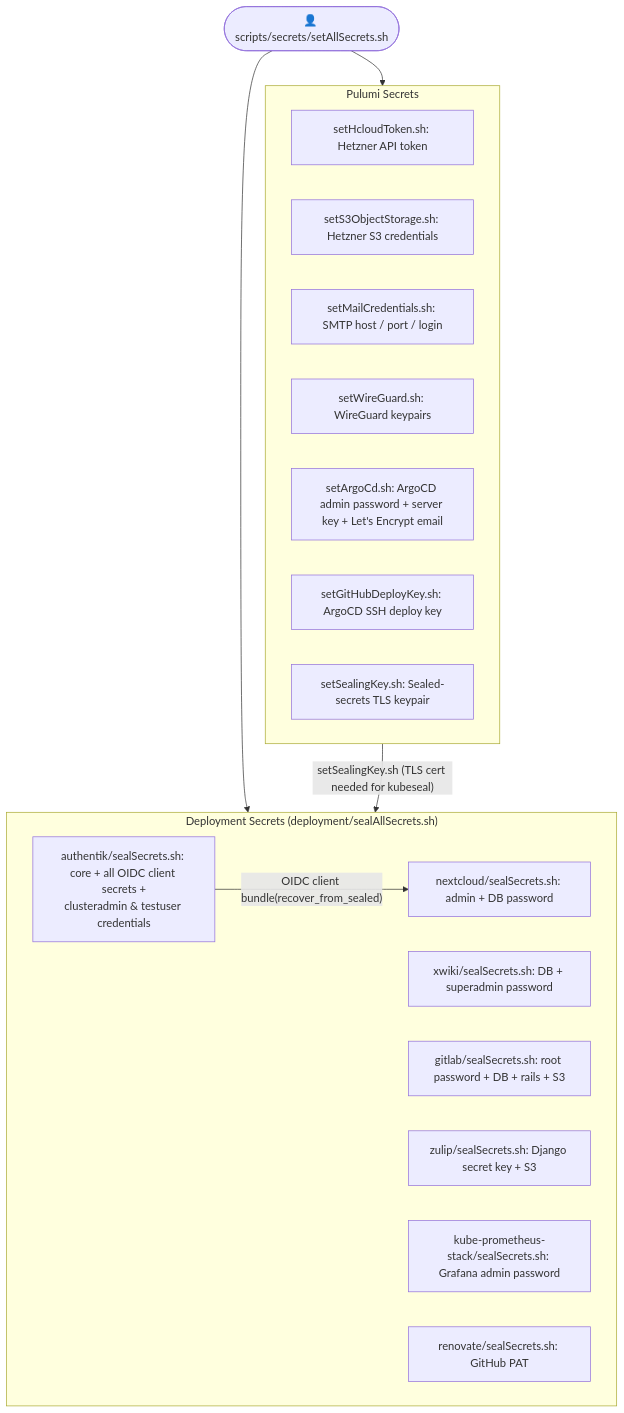
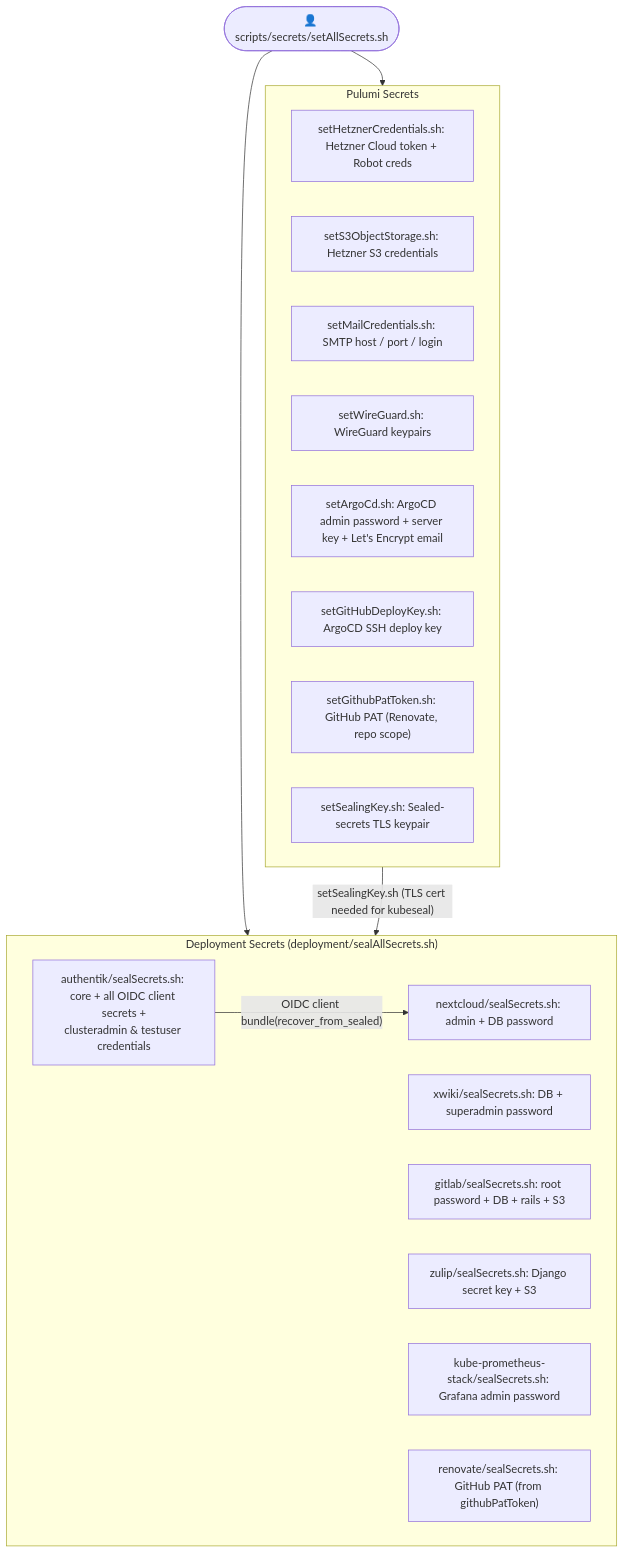
One commit to mkaiser/edge-cloud-cluster changed the second of 3 diagrams in doc/setup-instructions.md. Above: the diagram before and after it, drawn with Mermaid. The commit also changed other lines of this file and 1159 other files, not shown here.

````diff
--- a/doc/setup-instructions.md
+++ b/doc/setup-instructions.md
@@ -97,29 +169,30 @@
 ```mermaid
 flowchart TD
     User(["👤 scripts/secrets/setAllSecrets.sh"])
 
     subgraph pulumi["Pulumi Secrets"]
-        setHcloud["setHcloudToken.sh: Hetzner API token"]
+        setHcloud["setHetznerCredentials.sh: Hetzner Cloud token + Robot creds"]
         setS3["setS3ObjectStorage.sh: Hetzner S3 credentials"]
         setMail["setMailCredentials.sh: SMTP host / port / login"]
         setWG["setWireGuard.sh: WireGuard keypairs"]
         setArgo["setArgoCd.sh: ArgoCD admin password + server key + Let's Encrypt email"]
         setDeploy["setGitHubDeployKey.sh: ArgoCD SSH deploy key"]
+        setPat["setGithubPatToken.sh: GitHub PAT (Renovate, repo scope)"]
         setSealed["setSealingKey.sh: Sealed-secrets TLS keypair"]
     end
 
     subgraph deployment["Deployment Secrets  (deployment/sealAllSecrets.sh)"]
         sealAuthentik["authentik/sealSecrets.sh: core + all OIDC client secrets +\nclusteradmin & testuser credentials"]
         sealNextcloud["nextcloud/sealSecrets.sh: admin + DB password"]
         sealXwiki["xwiki/sealSecrets.sh: DB + superadmin password"]
         sealGitlab["gitlab/sealSecrets.sh: root password + DB + rails + S3"]
         sealZulip["zulip/sealSecrets.sh: Django secret key + S3"]
         sealGrafana["kube-prometheus-stack/sealSecrets.sh: Grafana admin password"]
-        sealRenovate["renovate/sealSecrets.sh: GitHub PAT"]
+        sealRenovate["renovate/sealSecrets.sh: GitHub PAT (from githubPatToken)"]
     end
 
     User --> pulumi
     User --> deployment
     pulumi -->|"setSealingKey.sh (TLS cert needed for kubeseal)"| deployment
     sealAuthentik -->|"OIDC client bundle(recover_from_sealed)"| sealNextcloud
 ```
````
